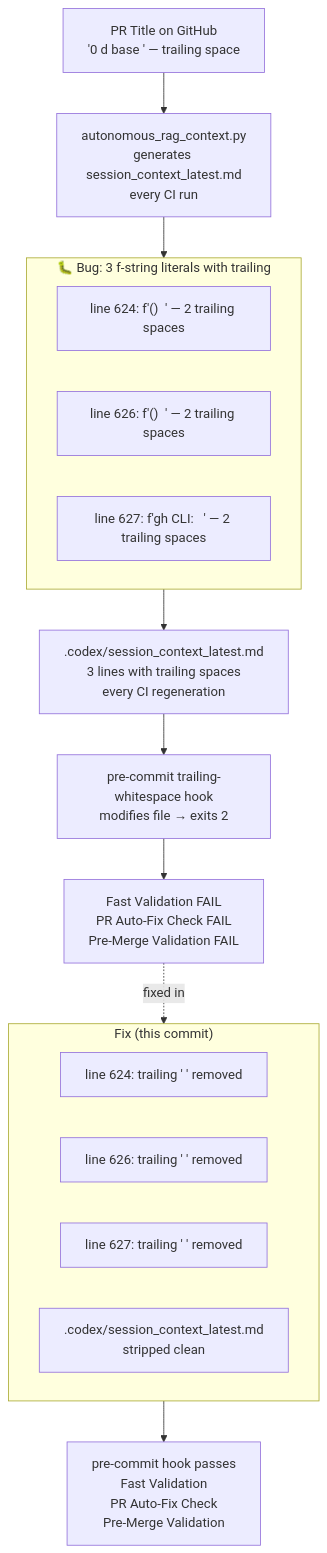
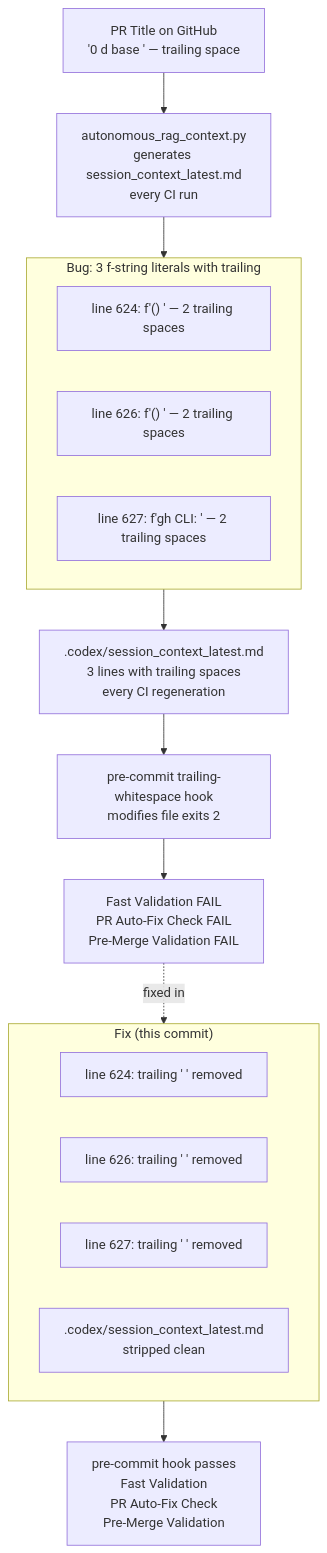
Before and after one commit to Aries-Serpent/_codex_: the third of 26 diagrams in docs/sessions/PR4317_session_diagram.md, drawn with Mermaid. The commit also changed other lines of this file and 4117 other files, not shown here.

````diff
--- a/docs/sessions/PR4317_session_diagram.md
+++ b/docs/sessions/PR4317_session_diagram.md
@@ -112,27 +122,33 @@
 ```mermaid
 %%{init: {'accessibility': {'title': 'Flowchart showing "PR Title on GitHub\n'0 d base ' — trailing space", "autonomous_rag_context.py\ngenerates session_context_latest.md\nevery CI run"'}}%%
+
 flowchart TD
-    TITLE["PR Title on GitHub\n'0 d base ' — trailing space"]
-    TITLE --> SCRIPT["autonomous_rag_context.py\ngenerates session_context_latest.md\nevery CI run"]
+ TITLE["PR Title on GitHub\n'0 d base ' — trailing space"]
 
-    subgraph BUG["🐛 Bug: 3 f-string literals with trailing  "]
-        B1["line 624: f'()  ' — 2 trailing spaces"]
-        B2["line 626: f'()  ' — 2 trailing spaces"]
-        B3["line 627: f'gh CLI:   ' — 2 trailing spaces"]
-    end
+ TITLE --> SCRIPT["autonomous_rag_context.py\ngenerates session_context_latest.md\nevery CI run"]
 
-    SCRIPT --> BUG
-    BUG --> FILE[".codex/session_context_latest.md\n3 lines with trailing spaces\nevery CI regeneration"]
-    FILE --> HOOK["pre-commit trailing-whitespace hook\nmodifies file → exits 2"]
-    HOOK --> FAIL["Fast Validation FAIL\nPR Auto-Fix Check FAIL\nPre-Merge Validation FAIL"]
+ subgraph BUG[" Bug: 3 f-string literals with trailing "]
+ B1["line 624: f'() ' — 2 trailing spaces"]
+ B2["line 626: f'() ' — 2 trailing spaces"]
+ B3["line 627: f'gh CLI: ' — 2 trailing spaces"]
+ end
 
-    subgraph FIX[" Fix (this commit)"]
-        F1["line 624: trailing '  ' removed"]
-        F2["line 626: trailing '  ' removed"]
-        F3["line 627: trailing '  ' removed"]
-        F4[".codex/session_context_latest.md\nstripped clean"]
-    end
+ SCRIPT --> BUG
 
-    FAIL -.->|"fixed in"| FIX
-    FIX --> CLEAN["pre-commit hook passes\nFast Validation \nPR Auto-Fix Check \nPre-Merge Validation "]
+ BUG --> FILE[".codex/session_context_latest.md\n3 lines with trailing spaces\nevery CI regeneration"]
+
+ FILE --> HOOK["pre-commit trailing-whitespace hook\nmodifies file exits 2"]
+
+ HOOK --> FAIL["Fast Validation FAIL\nPR Auto-Fix Check FAIL\nPre-Merge Validation FAIL"]
+
+ subgraph FIX[" Fix (this commit)"]
+ F1["line 624: trailing ' ' removed"]
+ F2["line 626: trailing ' ' removed"]
+ F3["line 627: trailing ' ' removed"]
+ F4[".codex/session_context_latest.md\nstripped clean"]
+ end
+
+ FAIL -.->|"fixed in"| FIX
+
+ FIX --> CLEAN["pre-commit hook passes\nFast Validation \nPR Auto-Fix Check \nPre-Merge Validation "]
 ```
````
